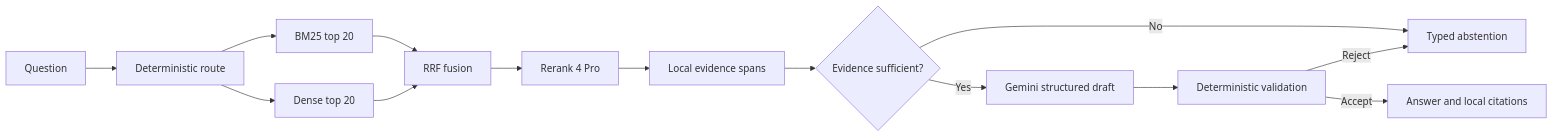
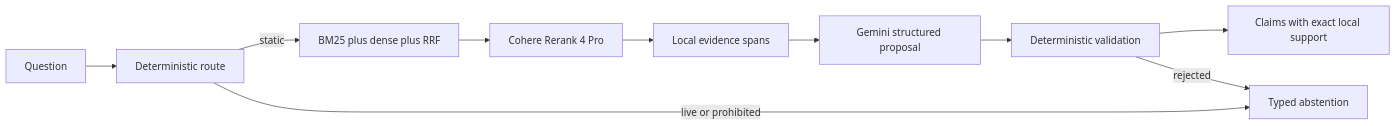
Before and after one commit to yusenrong46-afk/firelens-bc: the diagram in README.md, drawn with Mermaid. The commit also changed other lines of this file and 100 other files, not shown here.

````diff
--- a/README.md
+++ b/README.md
@@ -12,16 +8,12 @@
 ```mermaid
 flowchart LR
     Q["Question"] --> P["Deterministic route"]
-    P --> B["BM25 top 20"]
-    P --> D["Dense top 20"]
-    B --> F["RRF fusion"]
-    D --> F
-    F --> R["Rerank 4 Pro"]
+    P -->|"static"| H["BM25 plus dense plus RRF"]
+    H --> R["Cohere Rerank 4 Pro"]
     R --> E["Local evidence spans"]
-    E --> S{"Evidence sufficient?"}
-    S -- "No" --> A["Typed abstention"]
-    S -- "Yes" --> G["Gemini structured draft"]
+    E --> G["Gemini structured proposal"]
     G --> V["Deterministic validation"]
-    V -- "Reject" --> A
-    V -- "Accept" --> O["Answer and local citations"]
+    V --> O["Claims with exact local support"]
+    P -->|"live or prohibited"| A["Typed abstention"]
+    V -->|"rejected"| A
 ```
````
